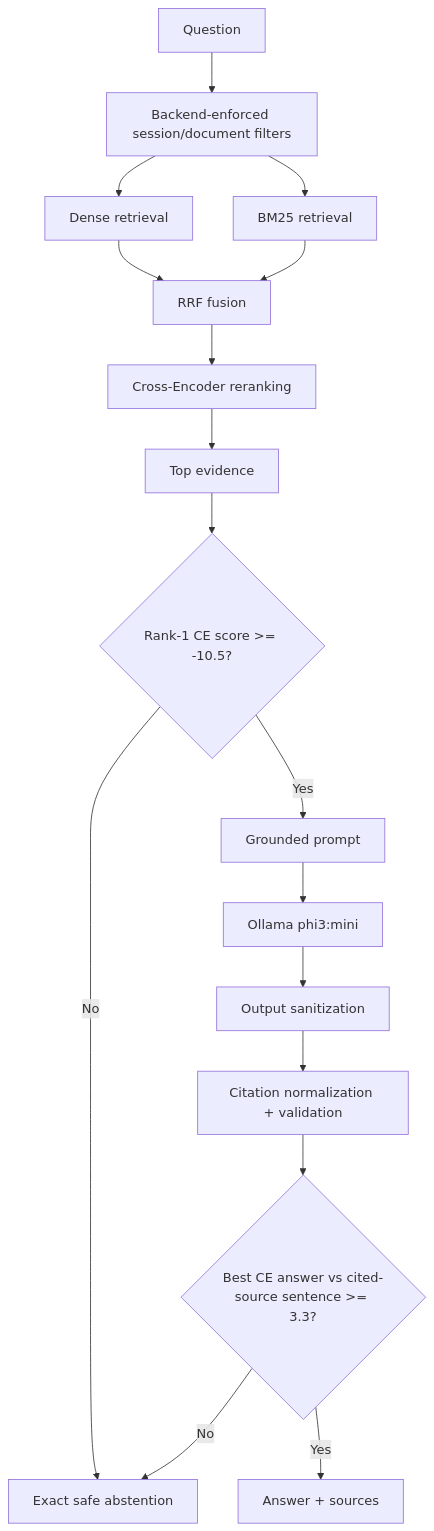
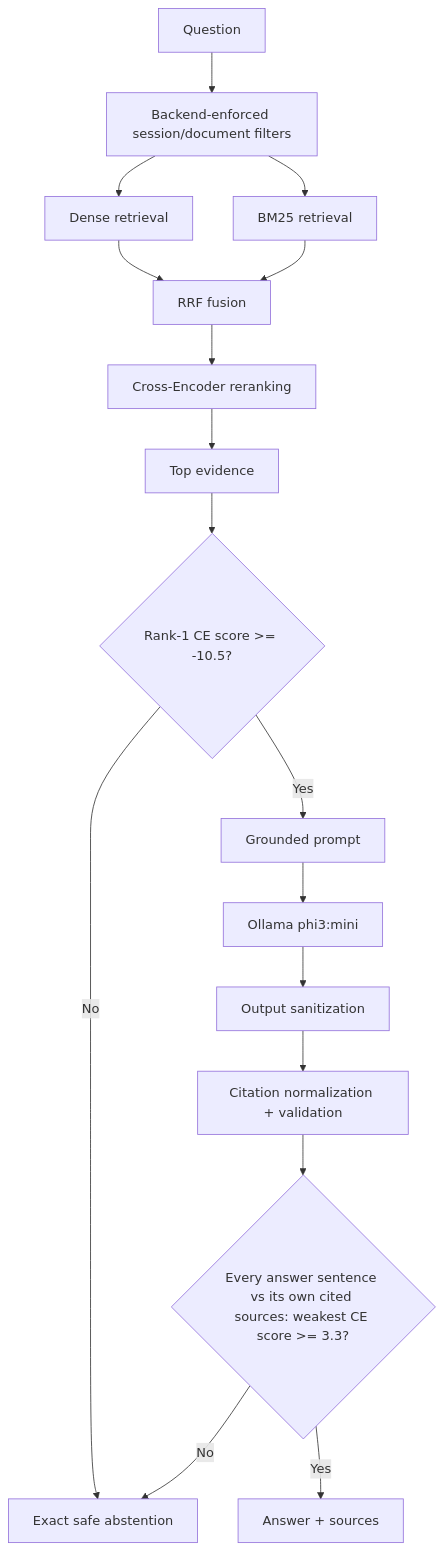
Before and after one commit to Md-Faiz-Alam/docqna: the third of 7 diagrams in docs/architecture.md, drawn with Mermaid. The commit also changed other lines of this file and 38 other files, not shown here.

````diff
--- a/docs/architecture.md
+++ b/docs/architecture.md
@@ -73,20 +73,20 @@
 ```mermaid
 flowchart TD
     Q[Question]
     --> SF[Backend-enforced session/document filters]
     SF --> D[Dense retrieval]
     SF --> B[BM25 retrieval]
     D --> RRF[RRF fusion]
     B --> RRF
     RRF --> CE[Cross-Encoder reranking]
     CE --> TOP[Top evidence]
     TOP --> CONF{Rank-1 CE score >= -10.5?}
     CONF -->|No| ABS[Exact safe abstention]
     CONF -->|Yes| PROMPT[Grounded prompt]
     PROMPT --> LLM[Ollama phi3:mini]
     LLM --> SAN[Output sanitization]
     SAN --> CIT[Citation normalization + validation]
-    CIT --> GRD{Best CE answer vs cited-source sentence >= 3.3?}
+    CIT --> GRD{Every answer sentence vs its own cited sources: weakest CE score >= 3.3?}
     GRD -->|No| ABS
     GRD -->|Yes| RESP[Answer + sources]
 ```
````
